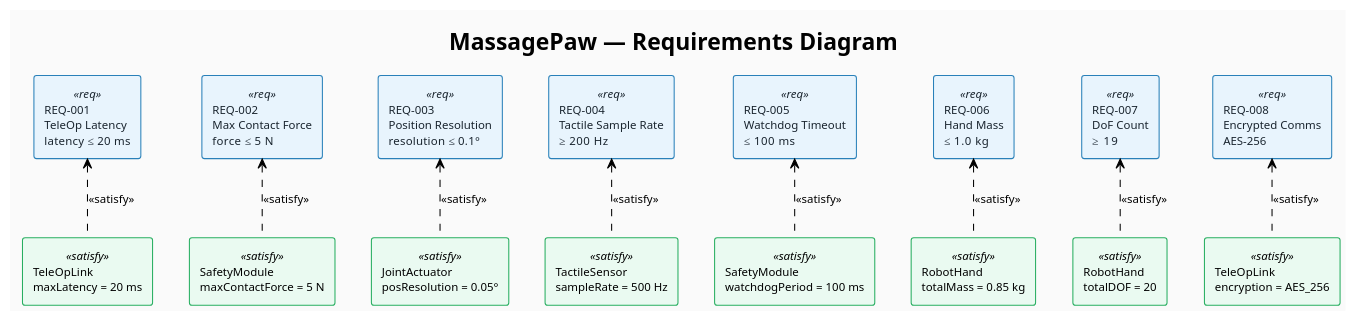
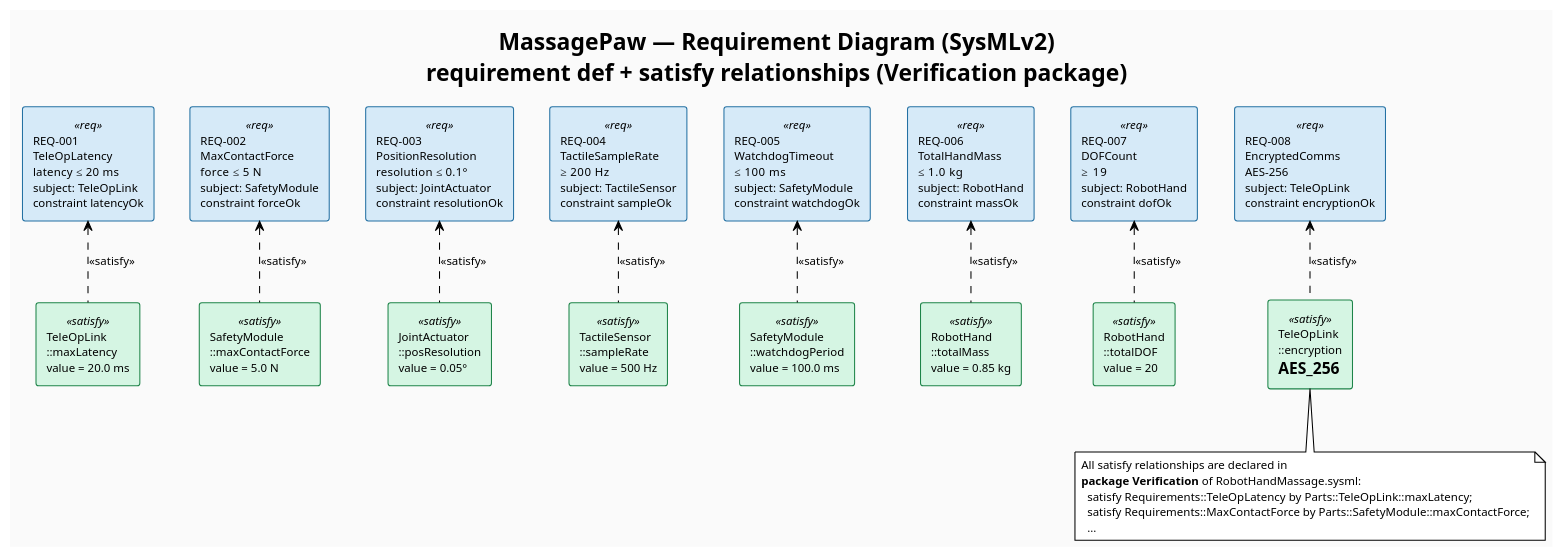
The diagram in diagrams/MassagePaw_Requirements.puml (aYenYen0123/MassagePaw), drawn with PlantUML before and after one commit. The commit also changed 7 other files, not shown here.

```diff
--- a/diagrams/MassagePaw_Requirements.puml
+++ b/diagrams/MassagePaw_Requirements.puml
@@ -1,45 +1,58 @@
 @startuml MassagePaw_Requirements
 !theme plain
 skinparam backgroundColor #FAFAFA
 skinparam defaultFontName Monospace
 skinparam defaultFontSize 11
 skinparam shadowing false
 
-title MassagePaw — Requirements Diagram
+title MassagePaw — Requirement Diagram (SysMLv2)\nrequirement def + satisfy relationships (Verification package)
+
+' SysMLv2 requirement notation:
+'   requirement def <'ID'> Name { doc; subject; require constraint <name> { expr } }
+'   satisfy Requirements::X by Parts::Y::attribute;   (in Verification package)
 
 skinparam rectangle {
-  BackgroundColor<<req>> #E8F4FD
-  BorderColor<<req>> #2980B9
-  FontColor<<req>> #1A252F
-  BackgroundColor<<satisfy>> #EAFAF1
-  BorderColor<<satisfy>> #27AE60
+  BackgroundColor<<req>>     #D6EAF8
+  BorderColor<<req>>         #2471A3
+  BackgroundColor<<satisfy>> #D5F5E3
+  BorderColor<<satisfy>>     #1E8449
+  BackgroundColor<<part>>    #FDFEFE
+  BorderColor<<part>>        #7D6608
 }
 
-rectangle "REQ-001\nTeleOp Latency\nlatency ≤ 20 ms" <<req>> as R1
-rectangle "REQ-002\nMax Contact Force\nforce ≤ 5 N" <<req>> as R2
-rectangle "REQ-003\nPosition Resolution\nresolution ≤ 0.1°" <<req>> as R3
-rectangle "REQ-004\nTactile Sample Rate\n≥ 200 Hz" <<req>> as R4
-rectangle "REQ-005\nWatchdog Timeout\n≤ 100 ms" <<req>> as R5
-rectangle "REQ-006\nHand Mass\n≤ 1.0 kg" <<req>> as R6
-rectangle "REQ-007\nDoF Count\n≥ 19" <<req>> as R7
-rectangle "REQ-008\nEncrypted Comms\nAES-256" <<req>> as R8
+rectangle "REQ-001\nTeleOpLatency\nlatency ≤ 20 ms\nsubject: TeleOpLink\nconstraint latencyOk" <<req>> as R1
+rectangle "REQ-002\nMaxContactForce\nforce ≤ 5 N\nsubject: SafetyModule\nconstraint forceOk" <<req>> as R2
+rectangle "REQ-003\nPositionResolution\nresolution ≤ 0.1°\nsubject: JointActuator\nconstraint resolutionOk" <<req>> as R3
+rectangle "REQ-004\nTactileSampleRate\n≥ 200 Hz\nsubject: TactileSensor\nconstraint sampleOk" <<req>> as R4
+rectangle "REQ-005\nWatchdogTimeout\n≤ 100 ms\nsubject: SafetyModule\nconstraint watchdogOk" <<req>> as R5
+rectangle "REQ-006\nTotalHandMass\n≤ 1.0 kg\nsubject: RobotHand\nconstraint massOk" <<req>> as R6
+rectangle "REQ-007\nDOFCount\n≥ 19\nsubject: RobotHand\nconstraint dofOk" <<req>> as R7
+rectangle "REQ-008\nEncryptedComms\nAES-256\nsubject: TeleOpLink\nconstraint encryptionOk" <<req>> as R8
 
-rectangle "TeleOpLink\nmaxLatency = 20 ms" <<satisfy>> as P1
-rectangle "SafetyModule\nmaxContactForce = 5 N" <<satisfy>> as P2
-rectangle "JointActuator\nposResolution = 0.05°" <<satisfy>> as P3
-rectangle "TactileSensor\nsampleRate = 500 Hz" <<satisfy>> as P4
-rectangle "SafetyModule\nwatchdogPeriod = 100 ms" <<satisfy>> as P5
-rectangle "RobotHand\ntotalMass = 0.85 kg" <<satisfy>> as P6
-rectangle "RobotHand\ntotalDOF = 20" <<satisfy>> as P7
-rectangle "TeleOpLink\nencryption = AES_256" <<satisfy>> as P8
+rectangle "TeleOpLink\n::maxLatency\nvalue = 20.0 ms" <<satisfy>> as S1
+rectangle "SafetyModule\n::maxContactForce\nvalue = 5.0 N" <<satisfy>> as S2
+rectangle "JointActuator\n::posResolution\nvalue = 0.05°" <<satisfy>> as S3
+rectangle "TactileSensor\n::sampleRate\nvalue = 500 Hz" <<satisfy>> as S4
+rectangle "SafetyModule\n::watchdogPeriod\nvalue = 100.0 ms" <<satisfy>> as S5
+rectangle "RobotHand\n::totalMass\nvalue = 0.85 kg" <<satisfy>> as S6
+rectangle "RobotHand\n::totalDOF\nvalue = 20" <<satisfy>> as S7
+rectangle "TeleOpLink\n::encryption\n= AES_256" <<satisfy>> as S8
 
-R1 <.. P1 : <<satisfy>>
-R2 <.. P2 : <<satisfy>>
-R3 <.. P3 : <<satisfy>>
-R4 <.. P4 : <<satisfy>>
-R5 <.. P5 : <<satisfy>>
-R6 <.. P6 : <<satisfy>>
-R7 <.. P7 : <<satisfy>>
-R8 <.. P8 : <<satisfy>>
+R1 <.. S1 : <<satisfy>>
+R2 <.. S2 : <<satisfy>>
+R3 <.. S3 : <<satisfy>>
+R4 <.. S4 : <<satisfy>>
+R5 <.. S5 : <<satisfy>>
+R6 <.. S6 : <<satisfy>>
+R7 <.. S7 : <<satisfy>>
+R8 <.. S8 : <<satisfy>>
+
+note bottom
+  All satisfy relationships are declared in
+  <b>package Verification</b> of RobotHandMassage.sysml:
+    satisfy Requirements::TeleOpLatency by Parts::TeleOpLink::maxLatency;
+    satisfy Requirements::MaxContactForce by Parts::SafetyModule::maxContactForce;
+    ...
+end note
 
 @enduml
```
